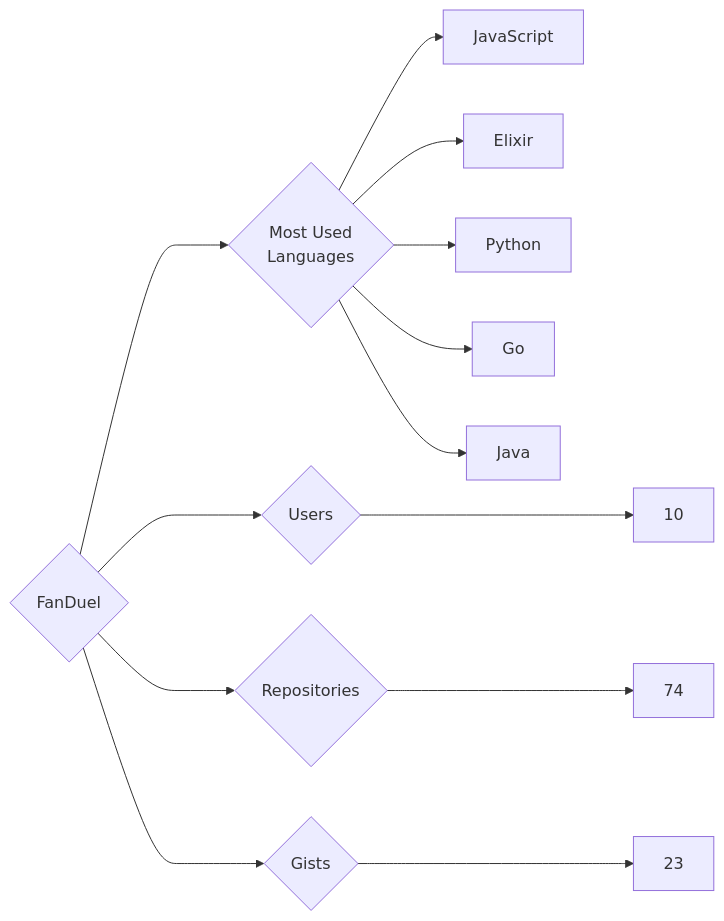
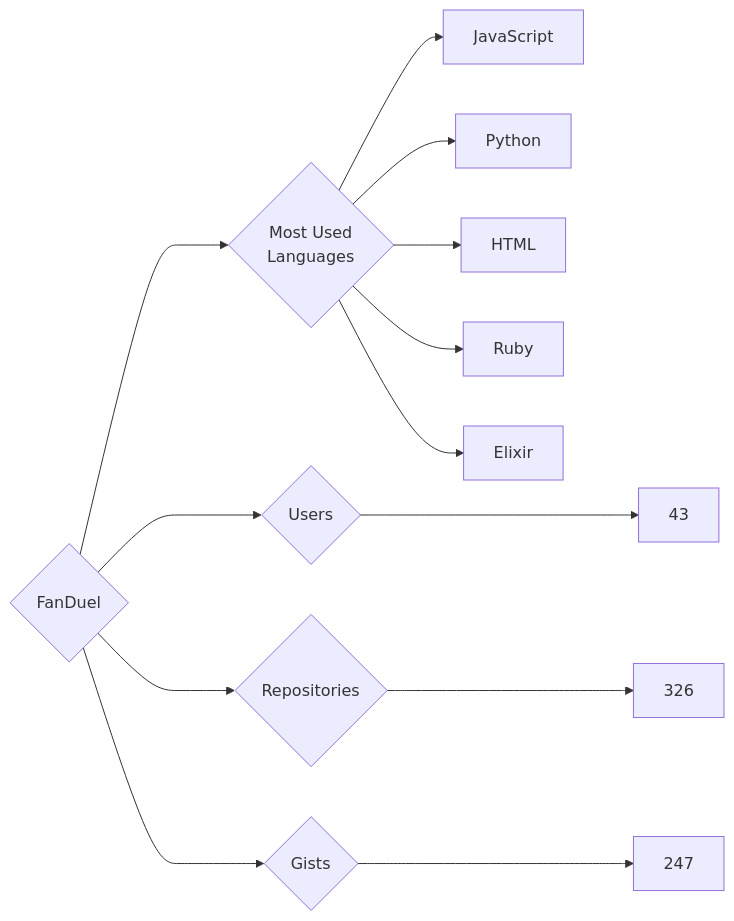
Before and after one commit to trickest/insiders: the diagram in targets/FanDuel/README.md, drawn with Mermaid. The commit also changed 826 other files, not shown here.

````diff
--- a/targets/FanDuel/README.md
+++ b/targets/FanDuel/README.md
@@ -3,13 +3,13 @@
 ```mermaid
 graph LR
 COMPANY_NAME{FanDuel}
-COMPANY_NAME ---> U{Users} ---> UN[10]
-COMPANY_NAME ---> R{Repositories} ---> RN[74]
-COMPANY_NAME ---> G{Gists} ---> GN[23]
+COMPANY_NAME ---> U{Users} ---> UN[43]
+COMPANY_NAME ---> R{Repositories} ---> RN[326]
+COMPANY_NAME ---> G{Gists} ---> GN[247]
 COMPANY_NAME ---> ML{Most Used<br>Languages}
 ML --> JavaScript[JavaScript]
+ML --> Python[Python]
+ML --> HTML[HTML]
+ML --> Ruby[Ruby]
 ML --> Elixir[Elixir]
-ML --> Python[Python]
-ML --> Go[Go]
-ML --> Java[Java]
 ```
````
